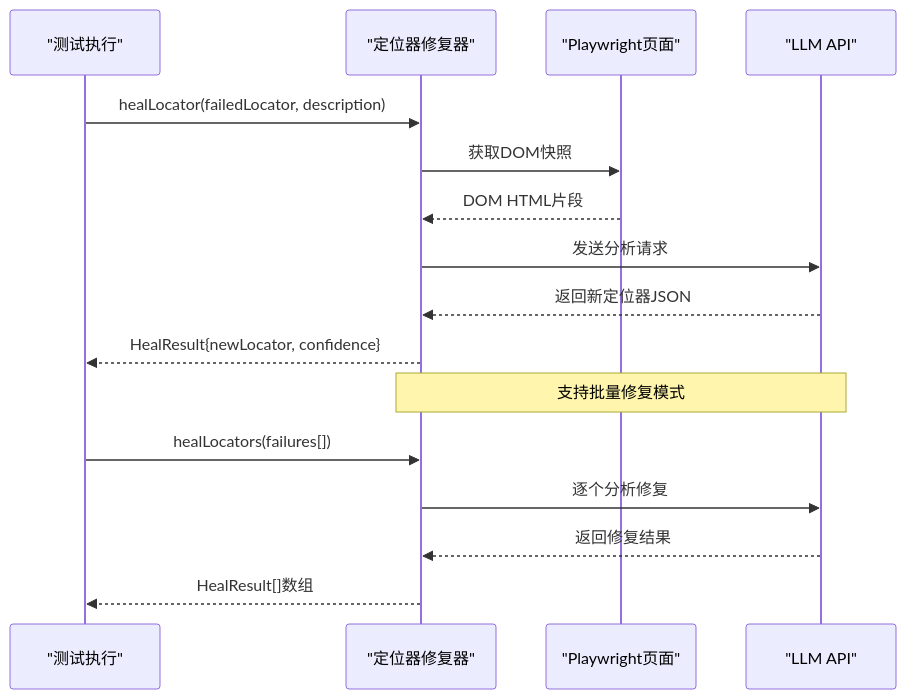
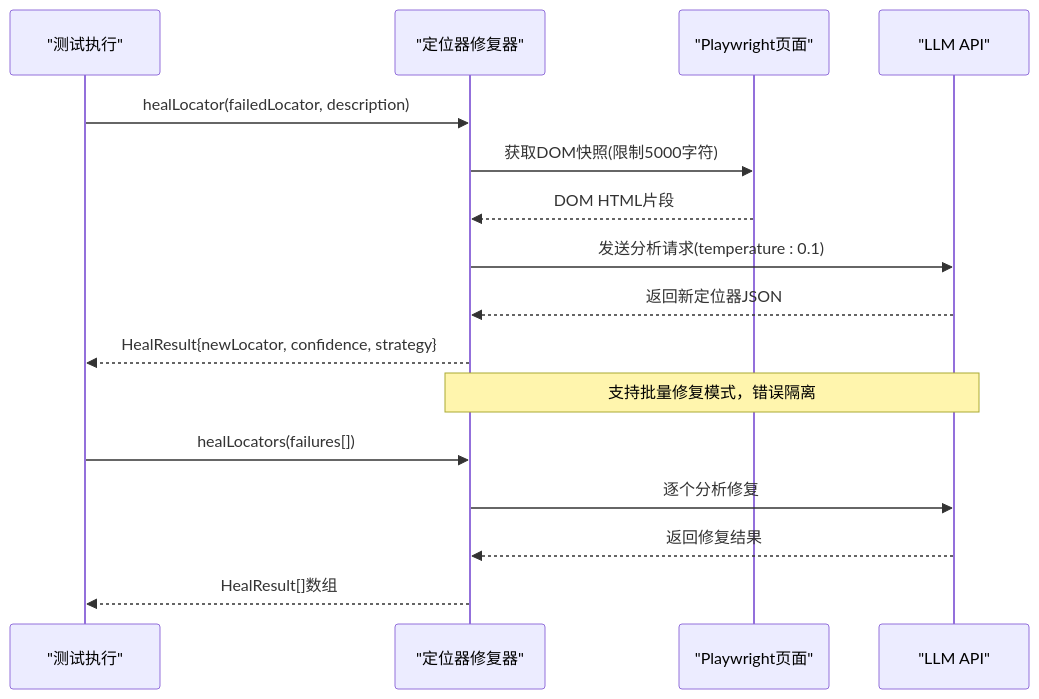
One commit to zzgoviziwind/--playwright changed the fourth of 10 diagrams in .qoder/repowiki/zh/content/AI测试生成系统/AI定位修复工具.md. Above: the diagram before and after it, drawn with Mermaid. The commit also changed other lines of this file and 112 other files, not shown here.

````diff
--- a/.qoder/repowiki/zh/content/AI测试生成系统/AI定位修复工具.md
+++ b/.qoder/repowiki/zh/content/AI测试生成系统/AI定位修复工具.md
@@ -213,18 +268,18 @@
 ```mermaid
 sequenceDiagram
 participant Test as "测试执行"
 participant LH as "定位器修复器"
 participant Page as "Playwright页面"
 participant LLM as "LLM API"
 Test->>LH : healLocator(failedLocator, description)
-LH->>Page : 获取DOM快照
+LH->>Page : 获取DOM快照(限制5000字符)
 Page-->>LH : DOM HTML片段
-LH->>LLM : 发送分析请求
+LH->>LLM : 发送分析请求(temperature : 0.1)
 LLM-->>LH : 返回新定位器JSON
-LH-->>Test : HealResult{newLocator, confidence}
-Note over LH,LLM : 支持批量修复模式
+LH-->>Test : HealResult{newLocator, confidence, strategy}
+Note over LH,LLM : 支持批量修复模式，错误隔离
 Test->>LH : healLocators(failures[])
 LH->>LLM : 逐个分析修复
 LLM-->>LH : 返回修复结果
 LH-->>Test : HealResult[]数组
 ```
````
